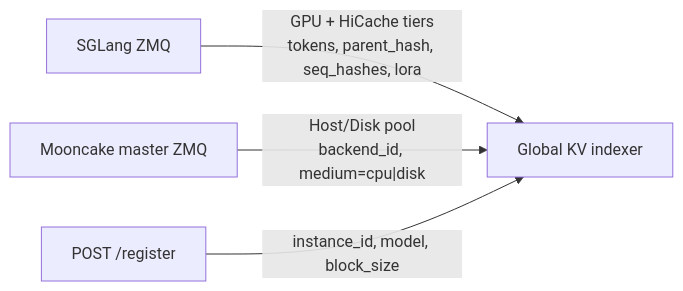
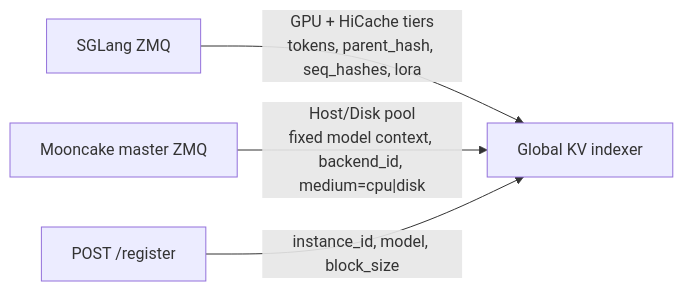
Before and after one commit to kvcache-ai/Mooncake: the diagram in docs/source/design/conductor/indexer-api-design.md, drawn with Mermaid. The commit also changed other lines of this file and 25 other files, not shown here.

````diff
--- a/docs/source/design/conductor/indexer-api-design.md
+++ b/docs/source/design/conductor/indexer-api-design.md
@@ -482,11 +504,11 @@
 ```mermaid
 flowchart LR
   SGLang["SGLang ZMQ"]
   Master["Mooncake master ZMQ"]
   Reg["POST /register"]
   Idx["Global KV indexer"]
 
   SGLang -->|"GPU + HiCache tiers<br/>tokens, parent_hash, seq_hashes, lora"| Idx
-  Master -->|"Host/Disk pool<br/>backend_id, medium=cpu|disk"| Idx
+  Master -->|"Host/Disk pool<br/>fixed model context, backend_id, medium=cpu|disk"| Idx
   Reg -->|"instance_id, model, block_size"| Idx
 ```
````
